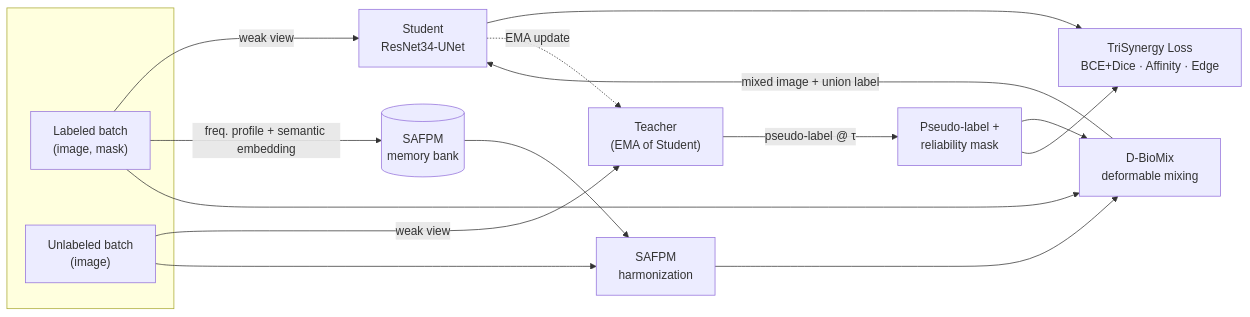
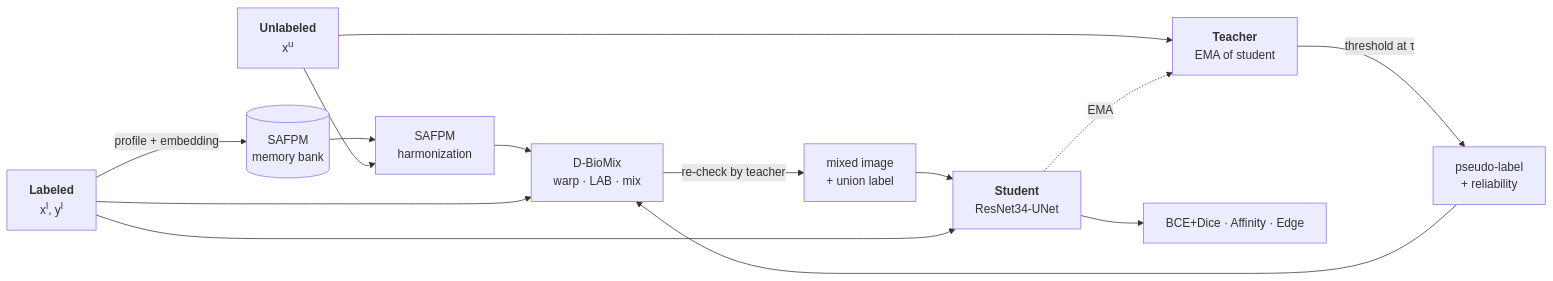
Before and after one commit to Ngoc-LM/SSL4PolypSeg: the diagram in README.md, drawn with Mermaid. The commit also changed other lines of this file, not shown here.

First line of the commit message:
Revise README for clarity and detail on TriSynNet

````diff
--- a/README.md
+++ b/README.md
@@ -34,24 +36,21 @@
 ```mermaid
 flowchart LR
-    subgraph IN[" "]
-        L["Labeled batch<br/>(image, mask)"]
-        U["Unlabeled batch<br/>(image)"]
-    end
+    L["<b>Labeled</b><br/>x<sup>l</sup>, y<sup>l</sup>"]
+    U["<b>Unlabeled</b><br/>x<sup>u</sup>"]
 
-    L -->|weak view| S["Student<br/>ResNet34-UNet"]
-    U -->|weak view| T["Teacher<br/>(EMA of Student)"]
-
-    T -->|"pseudo-label @ τ"| PL["Pseudo-label +<br/>reliability mask"]
-    L -->|"freq. profile + semantic embedding"| BANK[("SAFPM<br/>memory bank")]
+    L -->|"profile + embedding"| BANK[("SAFPM<br/>memory bank")]
+    U --> T["<b>Teacher</b><br/>EMA of student"]
+    T -->|"threshold at τ"| PL["pseudo-label<br/>+ reliability"]
 
     BANK --> SAFPM["SAFPM<br/>harmonization"]
     U --> SAFPM
-    SAFPM --> MIX["D-BioMix<br/>deformable mixing"]
+    SAFPM --> MIX["D-BioMix<br/>warp · LAB · mix"]
     L --> MIX
     PL --> MIX
-    MIX -->|"mixed image + union label"| S
+    MIX -->|"re-check by teacher"| XY["mixed image<br/>+ union label"]
 
-    S --> LOSS["TriSynergy Loss<br/>BCE+Dice · Affinity · Edge"]
-    PL --> LOSS
-    S -.->|"EMA update"| T
+    XY --> S["<b>Student</b><br/>ResNet34-UNet"]
+    L --> S
+    S --> LOSS["BCE+Dice · Affinity · Edge"]
+    S -.->|"EMA"| T
 ```
````
